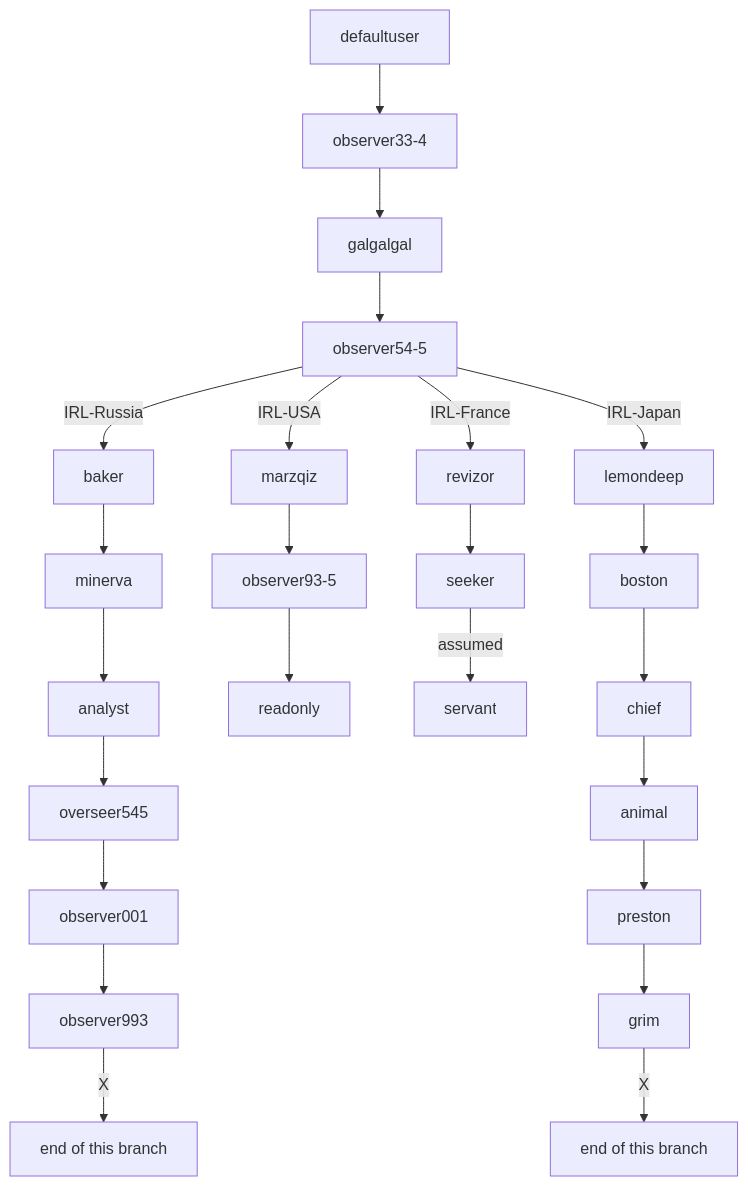
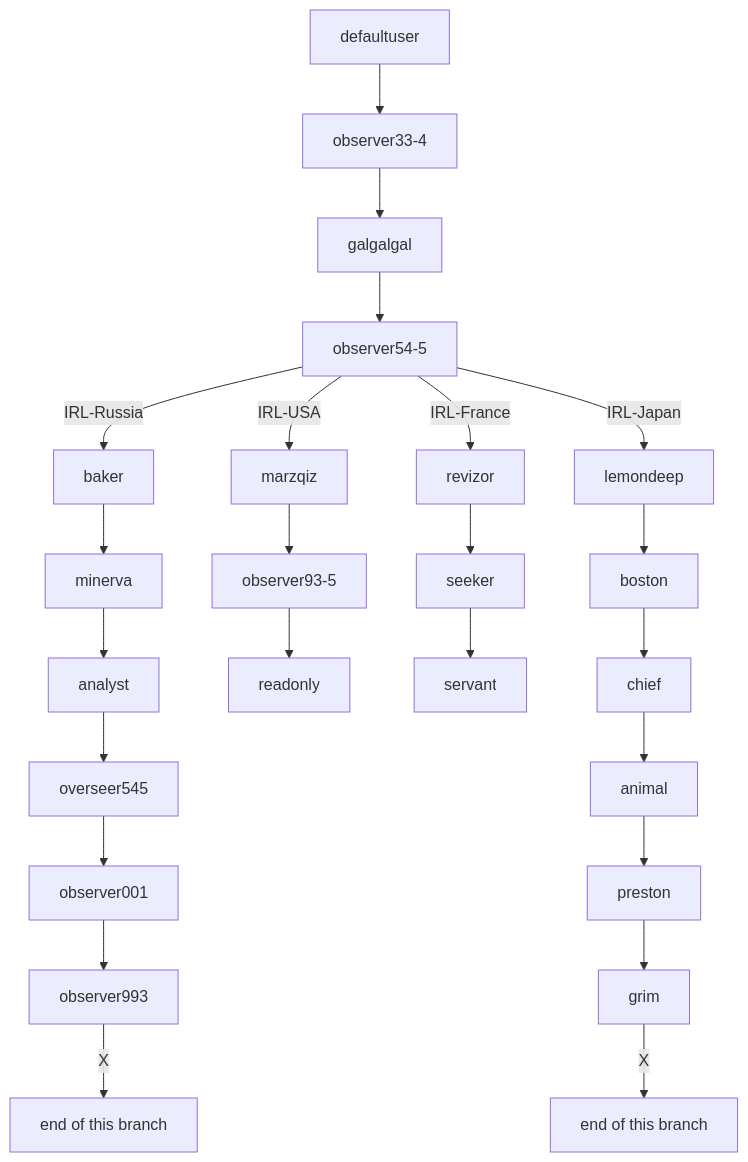
Before and after one commit to Philsie/ARRS-documentation: the diagram in README.md, drawn with Mermaid.

````diff
--- a/README.md
+++ b/README.md
@@ -39,30 +39,30 @@
 ```mermaid
 graph TD;
     defaultuser --> observer33-4;
     observer33-4 --> galgalgal;
     galgalgal --> observer54-5;
 
     observer54-5 --IRL-Russia--> baker;
     baker --> minerva;
     minerva --> analyst;
     analyst --> overseer545;
     overseer545 --> observer001;
     observer001 --> observer993;
     observer993 --X--> russiaEnd["end of this branch"];
 
     observer54-5 --IRL-USA--> marzqiz;
     marzqiz --> observer93-5;
     observer93-5 --> readonly;
 
     observer54-5 --IRL-France--> revizor;
     revizor --> seeker;
-    seeker --assumed--> servant;
+    seeker --> servant;
 
     observer54-5 --IRL-Japan--> lemondeep;
     lemondeep --> boston;
     boston --> chief;
     chief --> animal;
     animal --> preston;
     preston --> grim;
     grim --X--> japanEnd["end of this branch"];
 ```
````
